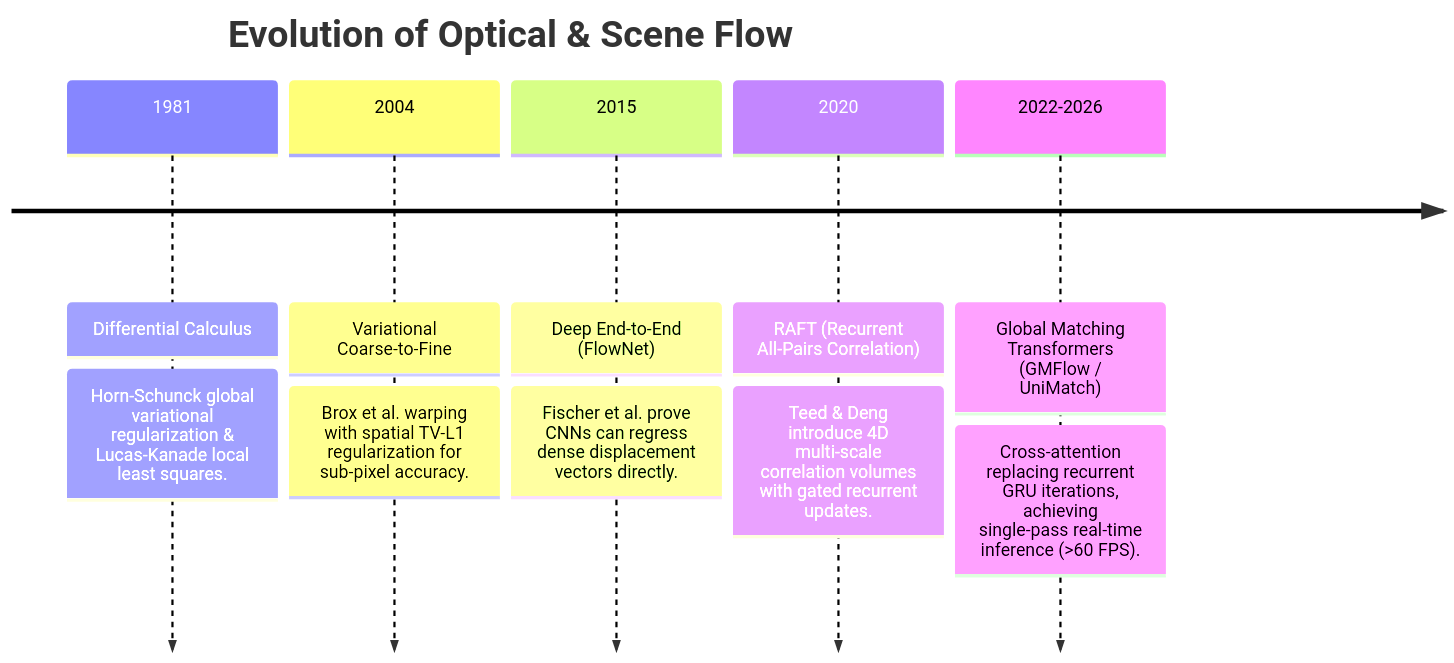
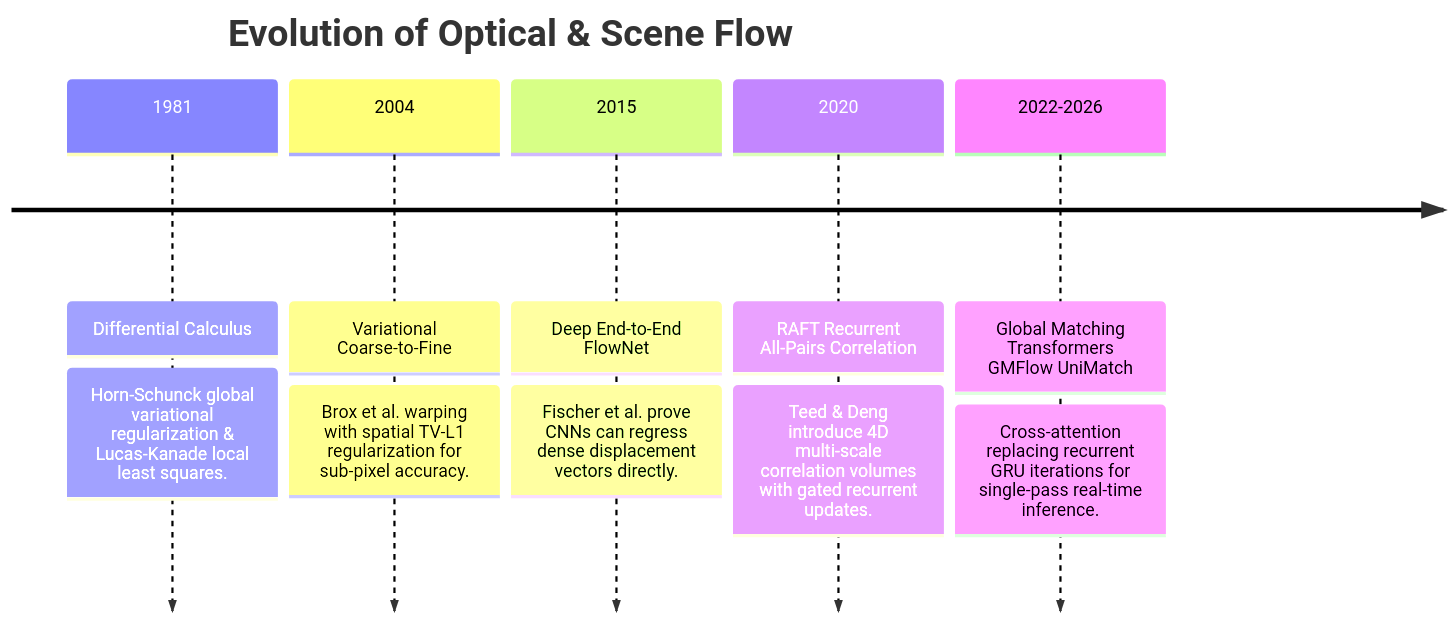
One commit to sergiomh499/cv-projects changed the diagram in topics/optical-and-scene-flow-perception/01-historical-evolution-and-paradigms.md. Above: the diagram before and after it, drawn with Mermaid. The commit also changed other lines of this file and 51 other files, not shown here.

````diff
--- a/topics/optical-and-scene-flow-perception/01-historical-evolution-and-paradigms.md
+++ b/topics/optical-and-scene-flow-perception/01-historical-evolution-and-paradigms.md
@@ -27,10 +27,9 @@
 ```mermaid
 timeline
     title Evolution of Optical & Scene Flow
     1981 : Differential Calculus : Horn-Schunck global variational regularization & Lucas-Kanade local least squares.
     2004 : Variational Coarse-to-Fine : Brox et al. warping with spatial TV-L1 regularization for sub-pixel accuracy.
-    2015 : Deep End-to-End (FlowNet) : Fischer et al. prove CNNs can regress dense displacement vectors directly.
-    2020 : RAFT (Recurrent All-Pairs Correlation) : Teed & Deng introduce 4D multi-scale correlation volumes with gated recurrent updates.
-    2022-2026 : Global Matching Transformers (GMFlow / UniMatch) : Cross-attention replacing recurrent GRU iterations, achieving single-pass real-time inference (>60 FPS).
-
+    2015 : Deep End-to-End FlowNet : Fischer et al. prove CNNs can regress dense displacement vectors directly.
+    2020 : RAFT Recurrent All-Pairs Correlation : Teed & Deng introduce 4D multi-scale correlation volumes with gated recurrent updates.
+    2022-2026 : Global Matching Transformers GMFlow UniMatch : Cross-attention replacing recurrent GRU iterations for single-pass real-time inference.
 ```
````
